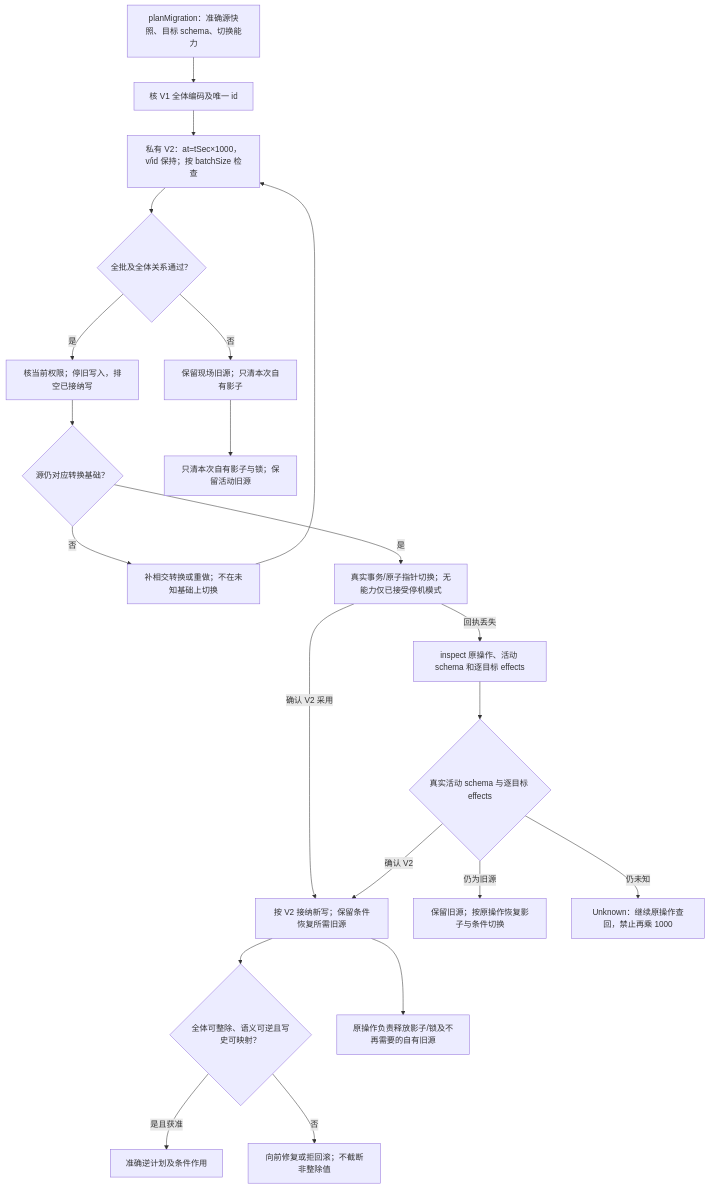
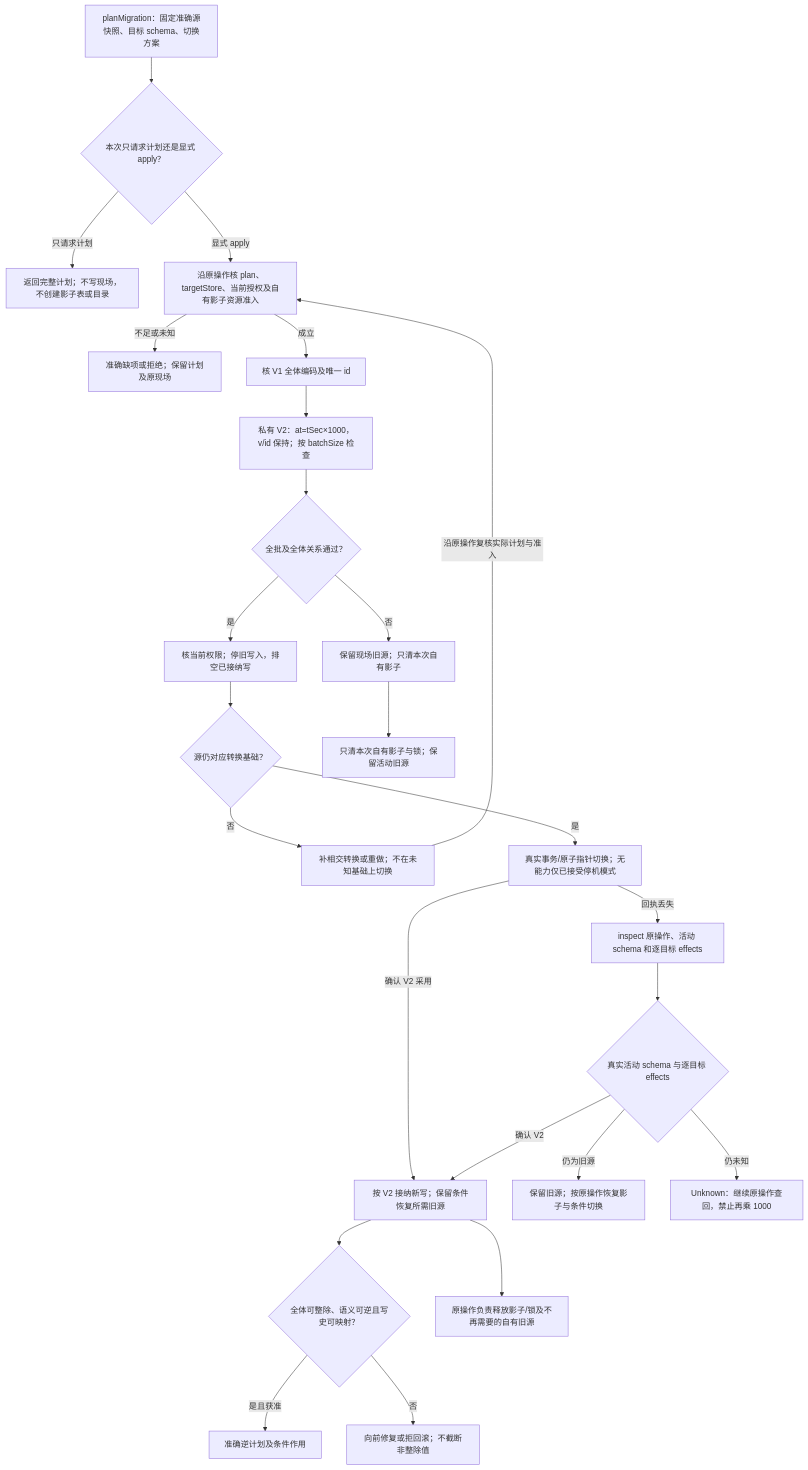
Before and after one commit to sec-platform/sec: the diagram in docs/作者/成品/数据与配置迁移.md, drawn with Mermaid. The commit also changed other lines of this file and 21 other files, not shown here.

````diff
--- a/docs/作者/成品/数据与配置迁移.md
+++ b/docs/作者/成品/数据与配置迁移.md
@@ -41,23 +41,27 @@
 ```mermaid
 flowchart TB
-  plan["planMigration：准确源快照、目标 schema、切换能力"] --> decode["核 V1 全体编码及唯一 id"]
+  plan["planMigration：固定准确源快照、目标 schema、切换方案"] --> purpose{"本次只请求计划还是显式 apply？"}
+  purpose -->|只请求计划| planned["返回完整计划；不写现场，不创建影子表或目录"]
+  purpose -->|显式 apply| admission["沿原操作核 plan、targetStore、当前授权及自有影子资源准入"]
+  admission -->|不足或未知| noWrite["准确缺项或拒绝；保留计划及原现场"]
+  admission -->|成立| decode["核 V1 全体编码及唯一 id"]
   decode --> shadow["私有 V2：at=tSec×1000，v/id 保持；按 batchSize 检查"]
   shadow --> all{"全批及全体关系通过？"}
   all -->|否| failed["保留现场旧源；只清本次自有影子"]
   all -->|是| fence["核当前权限；停旧写入，排空已接纳写"]
   fence --> same{"源仍对应转换基础？"}
   same -->|否| reconcile["补相交转换或重做；不在未知基础上切换"]
-  reconcile --> shadow
+  reconcile -->|沿原操作复核实际计划与准入| admission
   same -->|是| switch["真实事务/原子指针切换；无能力仅已接受停机模式"]
   switch -->|回执丢失| inspect["inspect 原操作、活动 schema 和逐目标 effects"]
   switch -->|确认 V2 采用| adopted["按 V2 接纳新写；保留条件恢复所需旧源"]
   inspect --> actual{"真实活动 schema 与逐目标 effects"}
   actual -->|确认 V2| adopted
   actual -->|仍为旧源| retry["保留旧源；按原操作恢复影子与条件切换"]
   actual -->|仍未知| unknown["Unknown：继续原操作查回，禁止再乘 1000"]
   adopted --> reverse{"全体可整除、语义可逆且写史可映射？"}
   reverse -->|是且获准| rollback["准确逆计划及条件作用"]
   reverse -->|否| forward["向前修复或拒回滚；不截断非整除值"]
   adopted --> retire["原操作负责释放影子/锁及不再需要的自有旧源"]
   failed --> clean["只清本次自有影子与锁；保留活动旧源"]
 ```
````
